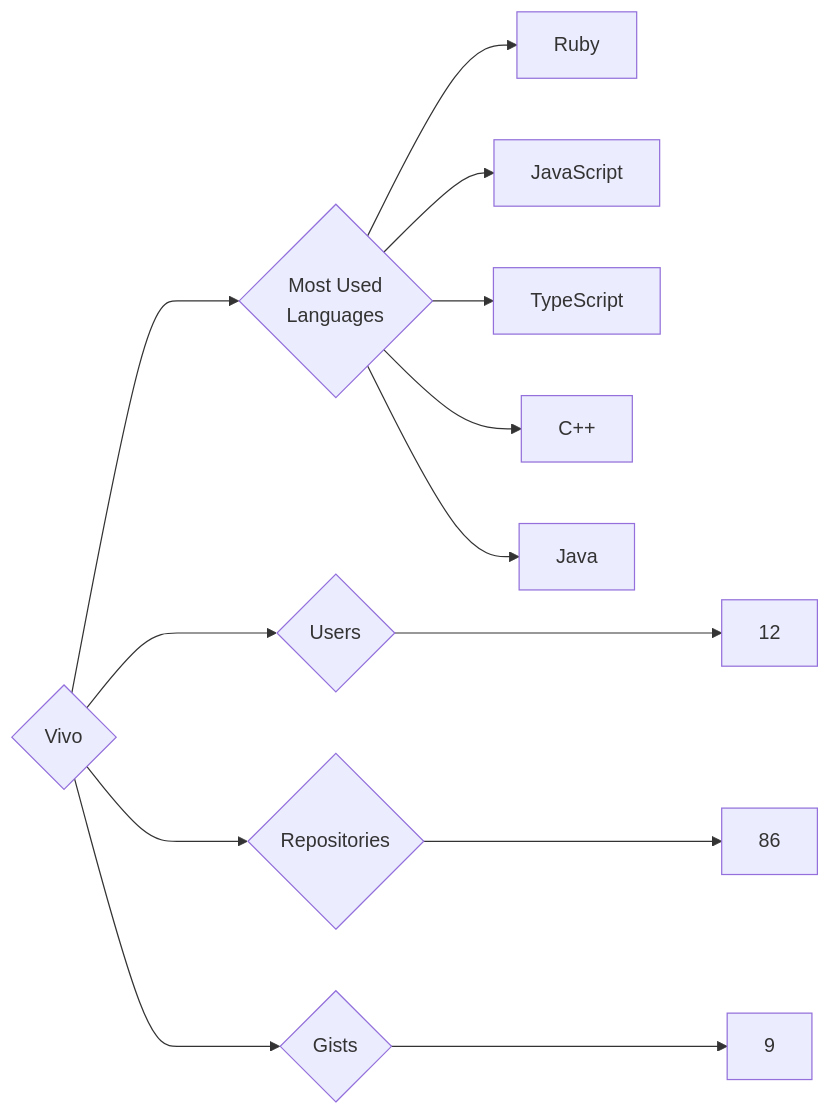
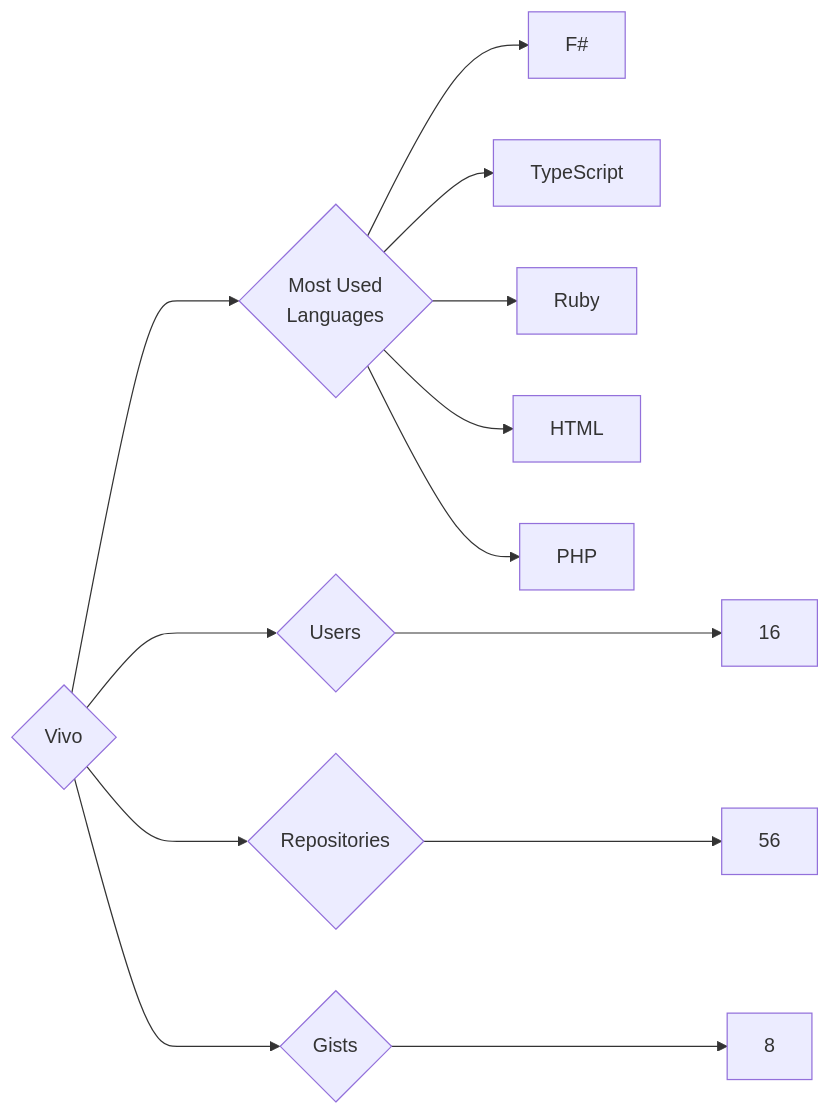
One commit to trickest/insiders changed the diagram in targets/Vivo/README.md. Above: the diagram before and after it, drawn with Mermaid. The commit also changed 972 other files, not shown here.

````diff
--- a/targets/Vivo/README.md
+++ b/targets/Vivo/README.md
@@ -3,13 +3,13 @@
 ```mermaid
 graph LR
 COMPANY_NAME{Vivo}
-COMPANY_NAME ---> U{Users} ---> UN[12]
-COMPANY_NAME ---> R{Repositories} ---> RN[86]
-COMPANY_NAME ---> G{Gists} ---> GN[9]
+COMPANY_NAME ---> U{Users} ---> UN[16]
+COMPANY_NAME ---> R{Repositories} ---> RN[56]
+COMPANY_NAME ---> G{Gists} ---> GN[8]
 COMPANY_NAME ---> ML{Most Used<br>Languages}
+ML --> F#[F#]
+ML --> TypeScript[TypeScript]
 ML --> Ruby[Ruby]
-ML --> JavaScript[JavaScript]
-ML --> TypeScript[TypeScript]
-ML --> C++[C++]
-ML --> Java[Java]
+ML --> HTML[HTML]
+ML --> PHP[PHP]
 ```
````
